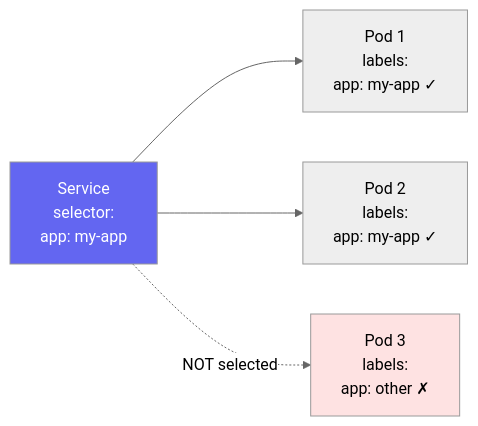
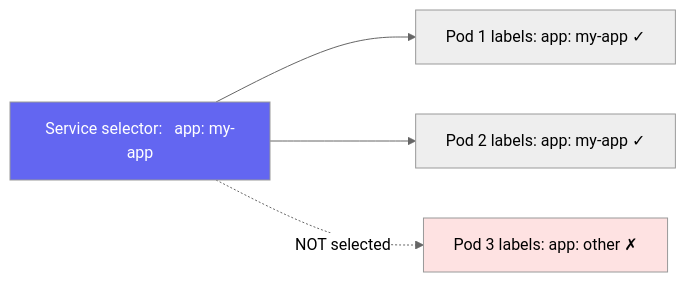
Before and after one commit to UncleJS/course_k3s: the fifth of 6 diagrams in 03_first_steps/03_pods_deployments_services.md, drawn with Mermaid (neutral theme). The commit also changed other lines of this file and 57 other files, not shown here.

````diff
--- a/03_first_steps/03_pods_deployments_services.md
+++ b/03_first_steps/03_pods_deployments_services.md
@@ -335,13 +335,13 @@
 ```mermaid
 flowchart LR
-    SVC["Service\nselector:\n  app: my-app"]
-    P1["Pod 1\nlabels:\n  app: my-app ✓"]
-    P2["Pod 2\nlabels:\n  app: my-app ✓"]
-    P3["Pod 3\nlabels:\n  app: other ✗"]
+    SVC["Service selector:   app: my-app"]
+    P1["Pod 1 labels:   app: my-app ✓"]
+    P2["Pod 2 labels:   app: my-app ✓"]
+    P3["Pod 3 labels:   app: other ✗"]
 
     SVC --> P1 & P2
     SVC -.->|"NOT selected"| P3
 
     style P3 fill:#fee2e2
     style SVC fill:#6366f1,color:#fff
 ```
````
